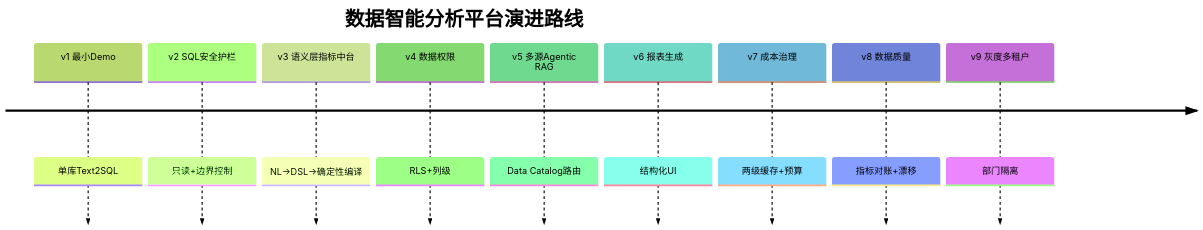
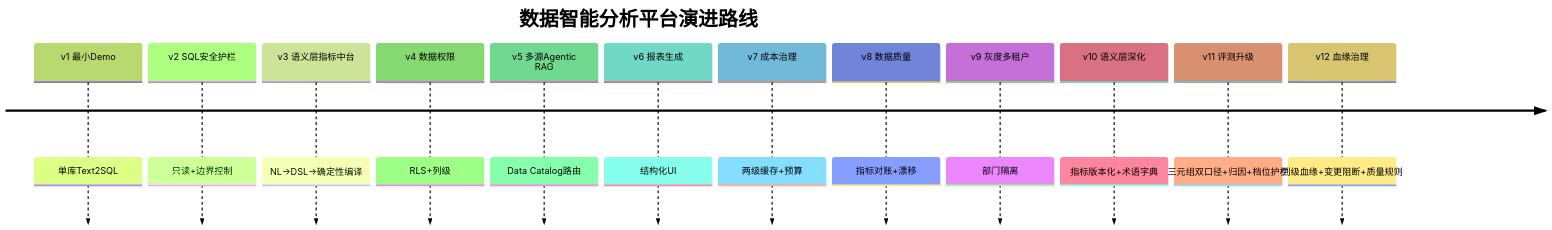
One commit to UranusGit/java-agent-learn changed the first of 2 diagrams in docs/项目/10-数据智能分析平台/00-需求分析与架构设计.md. Above: the diagram before and after it, drawn with Mermaid (forest theme). The commit also changed other lines of this file and 114 other files, not shown here.

````diff
--- a/docs/项目/10-数据智能分析平台/00-需求分析与架构设计.md
+++ b/docs/项目/10-数据智能分析平台/00-需求分析与架构设计.md
@@ -42,13 +59,16 @@
 ```mermaid
 timeline
     title 数据智能分析平台演进路线
     v1 最小Demo : 单库Text2SQL
     v2 SQL安全护栏 : 只读+边界控制
     v3 语义层指标中台 : NL→DSL→确定性编译
     v4 数据权限 : RLS+列级
     v5 多源Agentic RAG : Data Catalog路由
     v6 报表生成 : 结构化UI
     v7 成本治理 : 两级缓存+预算
     v8 数据质量 : 指标对账+漂移
     v9 灰度多租户 : 部门隔离
+    v10 语义层深化 : 指标版本化+术语字典
+    v11 评测升级 : 三元组双口径+归因+档位护栏
+    v12 血缘治理 : 列级血缘+变更阻断+质量规则
 ```
````
